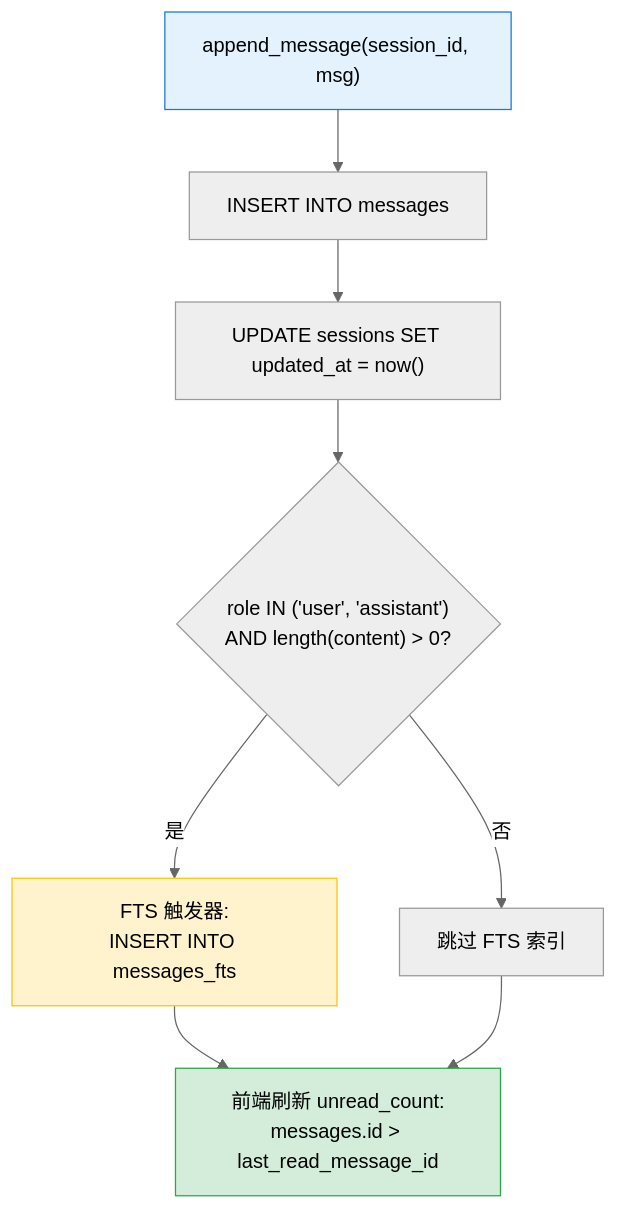
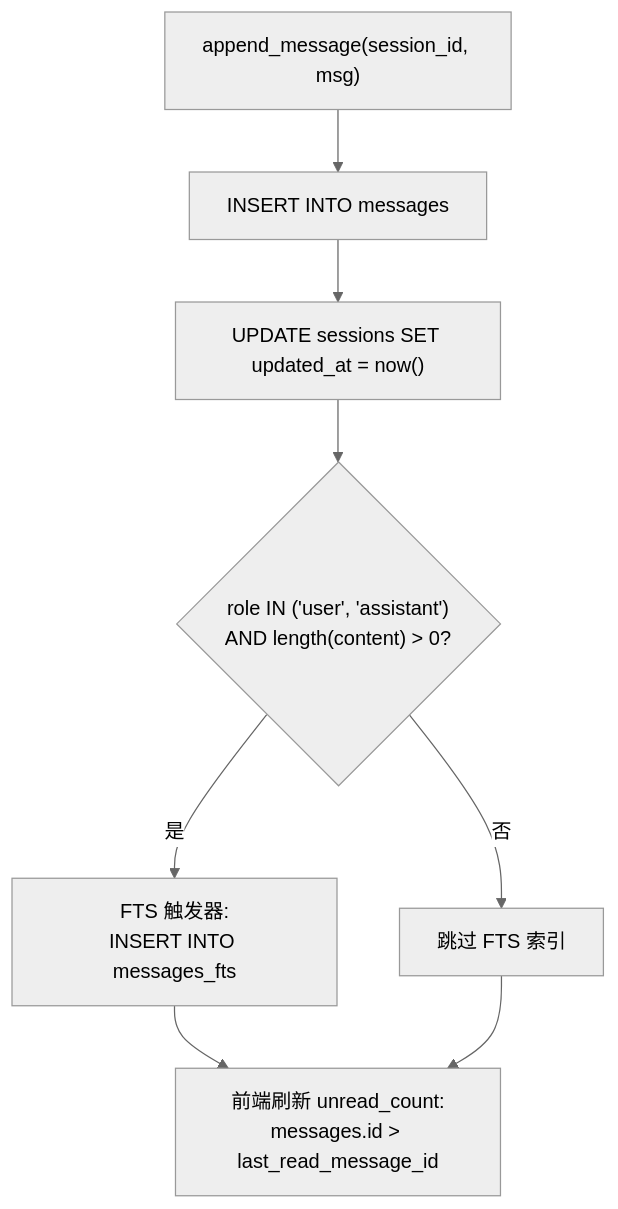
Before and after one commit to shiwenwen/hope-agent: the second of 2 diagrams in docs/architecture/session.md, drawn with Mermaid (neutral theme). The commit also changed 13 other files, not shown here.

First line of the commit message:
docs: 移除 mermaid 图表中的自定义背景色填充

````diff
--- a/docs/architecture/session.md
+++ b/docs/architecture/session.md
@@ -368,14 +368,11 @@
 ```mermaid
 flowchart TD
     A["append_message(session_id, msg)"] --> B["INSERT INTO messages"]
     B --> C["UPDATE sessions SET updated_at = now()"]
     C --> D{"role IN ('user', 'assistant')<br/>AND length(content) > 0?"}
     D -- 是 --> E["FTS 触发器:<br/>INSERT INTO messages_fts"]
     D -- 否 --> F["跳过 FTS 索引"]
     E --> G["前端刷新 unread_count:<br/>messages.id > last_read_message_id"]
     F --> G
 
-    style A fill:#e3f2fd,stroke:#1976d2
-    style E fill:#fff3cd,stroke:#ffc107
-    style G fill:#d4edda,stroke:#28a745
 ```
````
